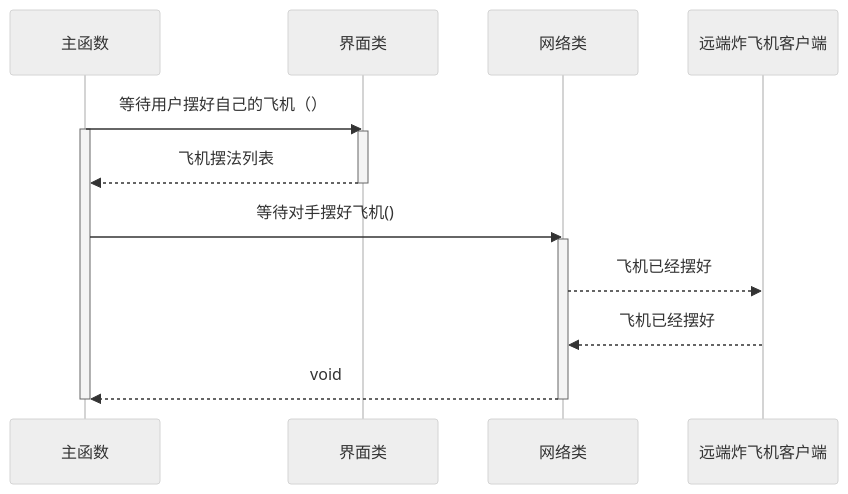
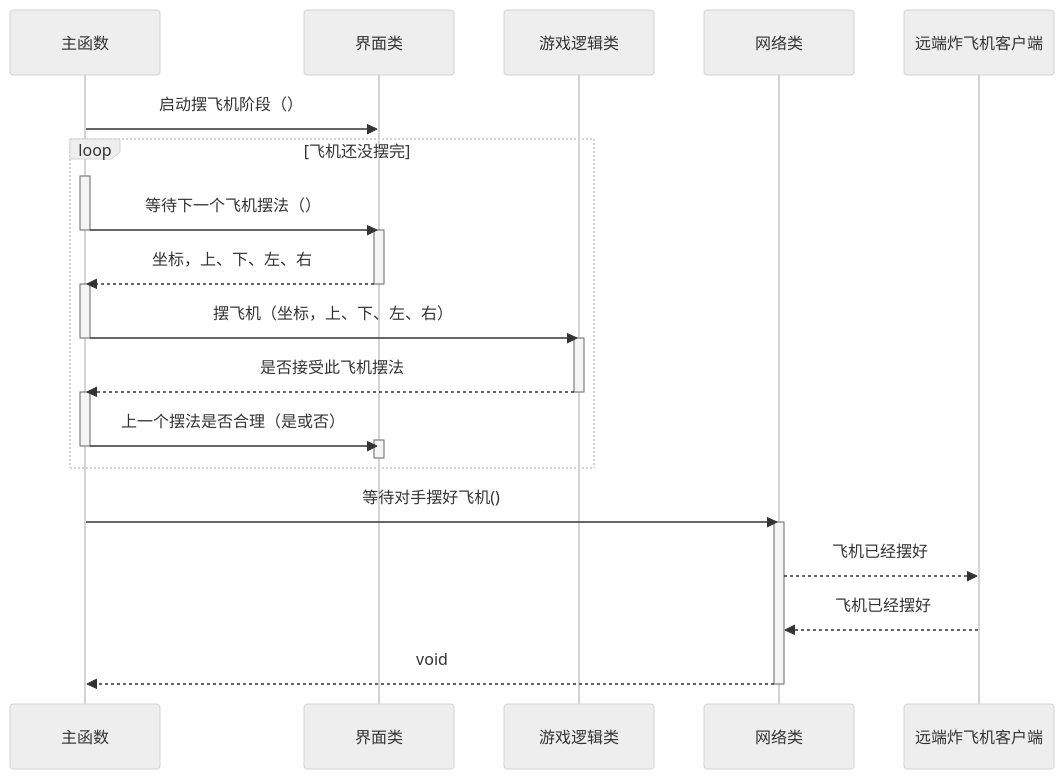
The third of 5 diagrams in README.md (li6in9muyou/bomb-airfield-game), drawn with Mermaid (neutral theme) before and after one commit. The commit also changed other lines of this file, not shown here.

Commit message:
文档：游戏反馈飞机摆法是否合理

````diff
--- a/README.md
+++ b/README.md
@@ -151,21 +151,36 @@
 ```mermaid
 sequenceDiagram
 
 participant main as 主函数
 participant ui as 界面类
+participant gameLogic as 游戏逻辑类
 participant socket as 网络类
 participant remote as 远端炸飞机客户端
 
-main ->> ui: 等待用户摆好自己的飞机（）
+main ->> ui: 启动摆飞机阶段（）
+loop 飞机还没摆完
 activate main
+main ->> ui: 等待下一个飞机摆法（）
+deactivate main
 activate ui
-ui -->> main: 飞机摆法列表
+ui -->> main: 坐标，上、下、左、右
 deactivate ui
+activate main
+main ->> gameLogic: 摆飞机（坐标，上、下、左、右）
+deactivate main
+activate gameLogic
+gameLogic -->> main: 是否接受此飞机摆法
+deactivate gameLogic
+activate main
+main ->> ui: 上一个摆法是否合理（是或否）
+deactivate main
+activate ui
+deactivate ui
+end
 main ->> socket: 等待对手摆好飞机()
 activate socket
 socket -->> remote: 飞机已经摆好
 remote -->> socket: 飞机已经摆好
 socket -->> main: void
 deactivate socket
-deactivate main
 ```
````
